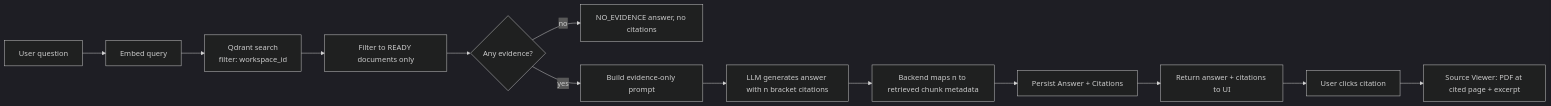
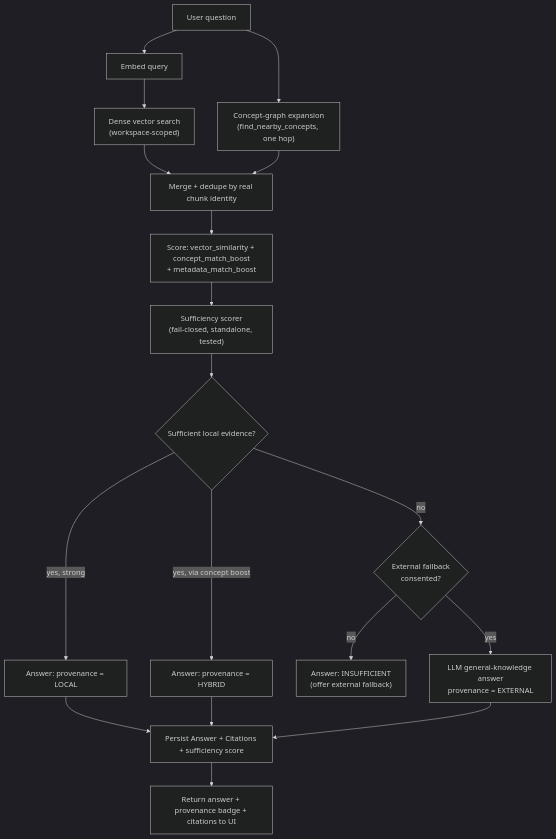
Before and after one commit to Saivk25/KnowledgeHUB-AI: the third of 3 diagrams in docs/architecture/system-architecture.md, drawn with Mermaid (dark theme). The commit also changed other lines of this file and 10 other files, not shown here.

Commit message:
Repo polish: badges, architecture diagrams, CONTRIBUTING/SECURITY/CODE_OF_CONDUCT, fix CI branch trigger

````diff
--- a/docs/architecture/system-architecture.md
+++ b/docs/architecture/system-architecture.md
@@ -35,15 +50,20 @@
 ```mermaid
-flowchart LR
+flowchart TD
     Q[User question] --> R[Embed query]
-    R --> S[Qdrant search\nfilter: workspace_id]
-    S --> T[Filter to READY documents only]
-    T --> U{Any evidence?}
-    U -- no --> V[NO_EVIDENCE answer, no citations]
-    U -- yes --> W[Build evidence-only prompt]
-    W --> X[LLM generates answer with n bracket citations]
-    X --> Y[Backend maps n to retrieved chunk metadata]
-    Y --> Z[Persist Answer + Citations]
-    Z --> AA[Return answer + citations to UI]
-    AA --> AB[User clicks citation]
-    AB --> AC[Source Viewer: PDF at cited page + excerpt]
+    R --> S["Dense vector search\n(workspace-scoped)"]
+    Q --> T["Concept-graph expansion\n(find_nearby_concepts, one hop)"]
+    S --> U[Merge + dedupe by real chunk identity]
+    T --> U
+    U --> V["Score: vector_similarity + concept_match_boost\n+ metadata_match_boost"]
+    V --> W["Sufficiency scorer\n(fail-closed, standalone, tested)"]
+    W --> X{Sufficient local evidence?}
+    X -- yes, strong --> Y[Answer: provenance = LOCAL]
+    X -- yes, via concept boost --> Z[Answer: provenance = HYBRID]
+    X -- no --> AA{External fallback\nconsented?}
+    AA -- no --> AB["Answer: INSUFFICIENT\n(offer external fallback)"]
+    AA -- yes --> AC["LLM general-knowledge answer\nprovenance = EXTERNAL"]
+    Y --> AD[Persist Answer + Citations + sufficiency score]
+    Z --> AD
+    AC --> AD
+    AD --> AE[Return answer + provenance badge + citations to UI]
 ```
````
